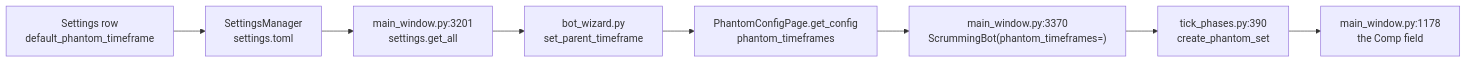
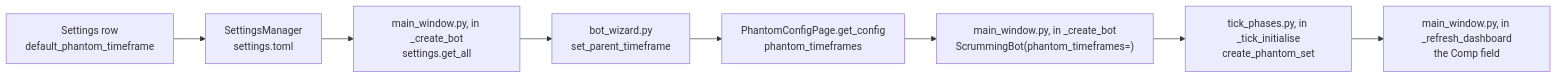
One commit to Acervator-LLC/ACERVATOR changed diagram 13 of 22 in docs/manual/08-tabs/settings.md. Above: the diagram before and after it, drawn with Mermaid. The commit also changed other lines of this file and 12 other files, not shown here.

````diff
--- a/docs/manual/08-tabs/settings.md
+++ b/docs/manual/08-tabs/settings.md
@@ -5002,10 +5003,10 @@
 ```mermaid
 graph LR
   A["Settings row<br/>default_phantom_timeframe"] --> B["SettingsManager<br/>settings.toml"]
-  B --> C["main_window.py:3201<br/>settings.get_all"]
+  B --> C["main_window.py, in _create_bot<br/>settings.get_all"]
   C --> D["bot_wizard.py<br/>set_parent_timeframe"]
   D --> E["PhantomConfigPage.get_config<br/>phantom_timeframes"]
-  E --> F["main_window.py:3370<br/>ScrummingBot(phantom_timeframes=)"]
-  F --> G["tick_phases.py:390<br/>create_phantom_set"]
-  G --> H["main_window.py:1178<br/>the Comp field"]
+  E --> F["main_window.py, in _create_bot<br/>ScrummingBot(phantom_timeframes=)"]
+  F --> G["tick_phases.py, in _tick_initialise<br/>create_phantom_set"]
+  G --> H["main_window.py, in _refresh_dashboard<br/>the Comp field"]
 ```
````
